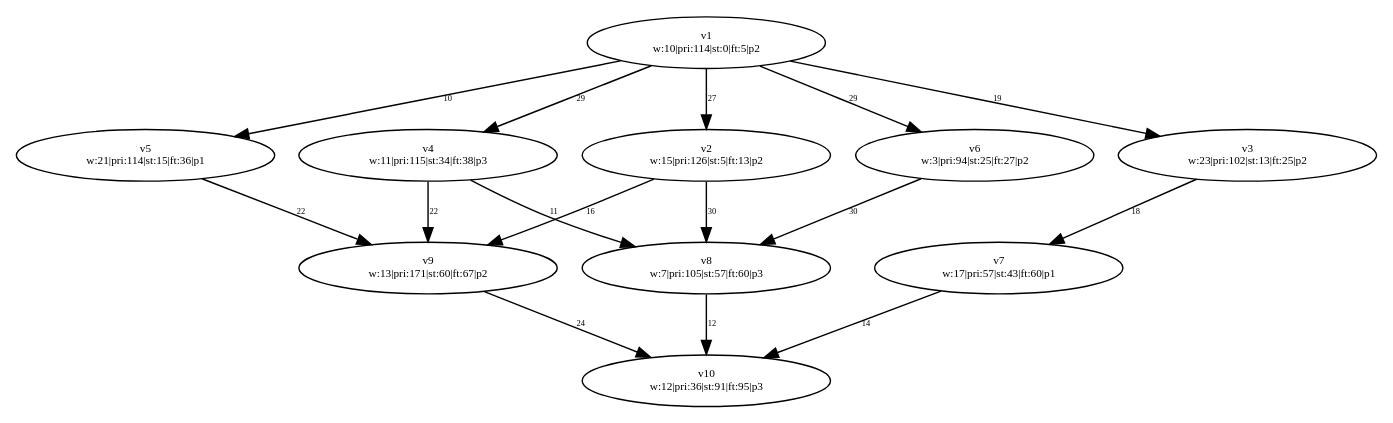
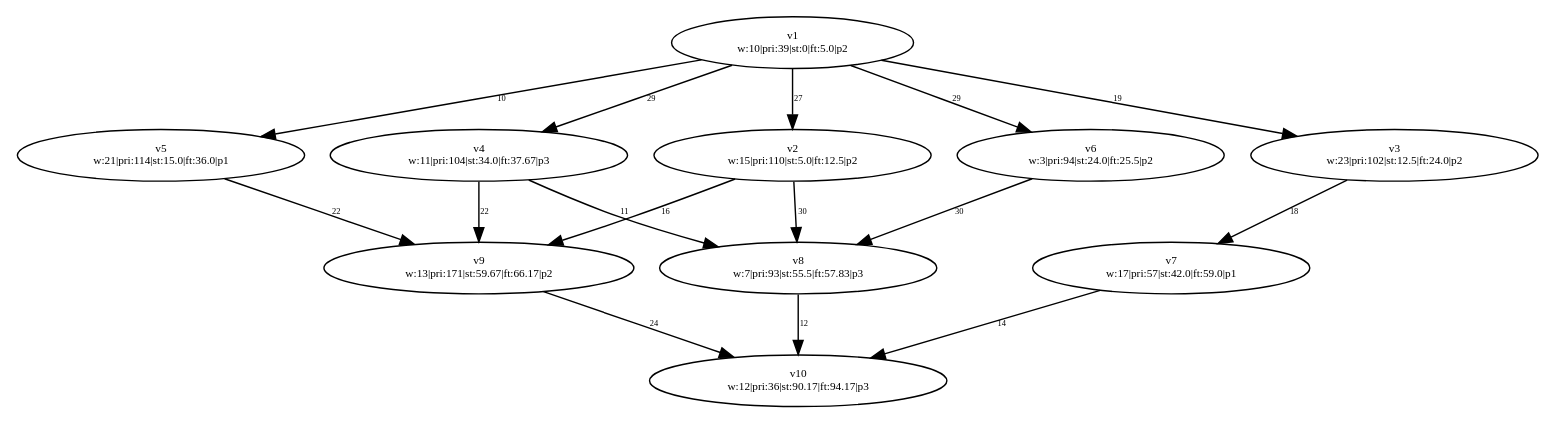
One commit to dexters1/Task-Scheduling-Based-on-Genetic-Algorithms changed the diagram in PythonApplication1/PythonApplication1/test-output/testPriorityDefinition.gv. Above: the diagram before and after it, drawn with Graphviz. The commit also changed 112 other files, not shown here.

```diff
--- a/PythonApplication1/PythonApplication1/test-output/testPriorityDefinition.gv
+++ b/PythonApplication1/PythonApplication1/test-output/testPriorityDefinition.gv
@@ -1,37 +1,37 @@
 digraph {
 	v1 [label="v1
-w:10|pri:114|st:0|ft:5|p2" fontsize=8.0]
+w:10|pri:39|st:0|ft:5.0|p2" fontsize=8.0]
+	v5 [label="v5
+w:21|pri:114|st:15.0|ft:36.0|p1" fontsize=8.0]
 	v2 [label="v2
-w:15|pri:126|st:5|ft:13|p2" fontsize=8.0]
+w:15|pri:110|st:5.0|ft:12.5|p2" fontsize=8.0]
 	v4 [label="v4
-w:11|pri:115|st:34|ft:38|p3" fontsize=8.0]
-	v5 [label="v5
-w:21|pri:114|st:15|ft:36|p1" fontsize=8.0]
+w:11|pri:104|st:34.0|ft:37.67|p3" fontsize=8.0]
 	v3 [label="v3
-w:23|pri:102|st:13|ft:25|p2" fontsize=8.0]
+w:23|pri:102|st:12.5|ft:24.0|p2" fontsize=8.0]
 	v6 [label="v6
-w:3|pri:94|st:25|ft:27|p2" fontsize=8.0]
+w:3|pri:94|st:24.0|ft:25.5|p2" fontsize=8.0]
 	v9 [label="v9
-w:13|pri:171|st:60|ft:67|p2" fontsize=8.0]
+w:13|pri:171|st:59.67|ft:66.17|p2" fontsize=8.0]
 	v8 [label="v8
-w:7|pri:105|st:57|ft:60|p3" fontsize=8.0]
+w:7|pri:93|st:55.5|ft:57.83|p3" fontsize=8.0]
 	v7 [label="v7
-w:17|pri:57|st:43|ft:60|p1" fontsize=8.0]
+w:17|pri:57|st:42.0|ft:59.0|p1" fontsize=8.0]
 	v10 [label="v10
-w:12|pri:36|st:91|ft:95|p3" fontsize=8.0]
+w:12|pri:36|st:90.17|ft:94.17|p3" fontsize=8.0]
 	v1 -> v2 [label=27 constraint=true fontsize=6.0]
 	v1 -> v3 [label=19 constraint=true fontsize=6.0]
 	v1 -> v4 [label=29 constraint=true fontsize=6.0]
 	v1 -> v5 [label=10 constraint=true fontsize=6.0]
 	v1 -> v6 [label=29 constraint=true fontsize=6.0]
 	v2 -> v8 [label=30 constraint=true fontsize=6.0]
 	v2 -> v9 [label=16 constraint=true fontsize=6.0]
 	v3 -> v7 [label=18 constraint=true fontsize=6.0]
 	v4 -> v8 [label=11 constraint=true fontsize=6.0]
 	v4 -> v9 [label=22 constraint=true fontsize=6.0]
 	v5 -> v9 [label=22 constraint=true fontsize=6.0]
 	v6 -> v8 [label=30 constraint=true fontsize=6.0]
 	v7 -> v10 [label=14 constraint=true fontsize=6.0]
 	v8 -> v10 [label=12 constraint=true fontsize=6.0]
 	v9 -> v10 [label=24 constraint=true fontsize=6.0]
 }
```
